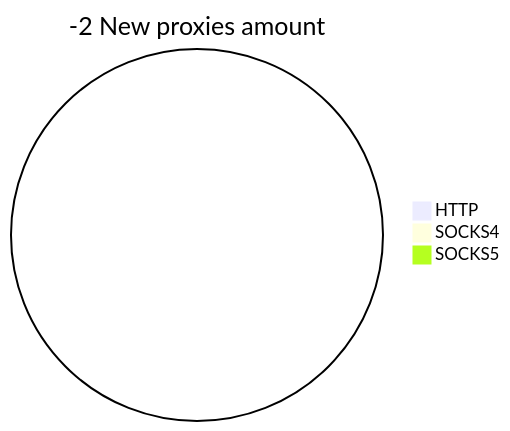
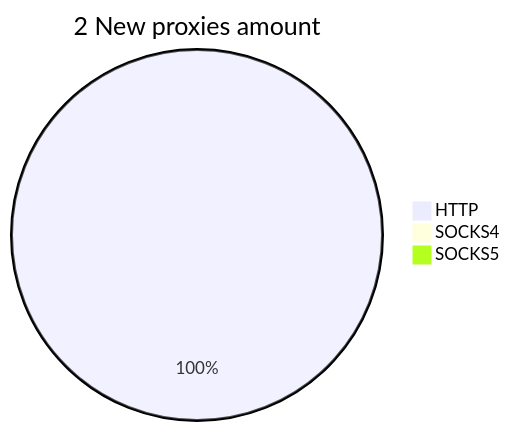
The second of 2 diagrams in README.md (cutipu/proxylist), drawn with Mermaid before and after one commit. The commit also changed other lines of this file, not shown here.

````diff
--- a/README.md
+++ b/README.md
@@ -10,6 +10,6 @@
 ```mermaid
-pie title -2 New proxies amount
-    "HTTP" : 0
+pie title 2 New proxies amount
+    "HTTP" : 2
     "SOCKS4" : 0
     "SOCKS5" : 0
 ```
````
